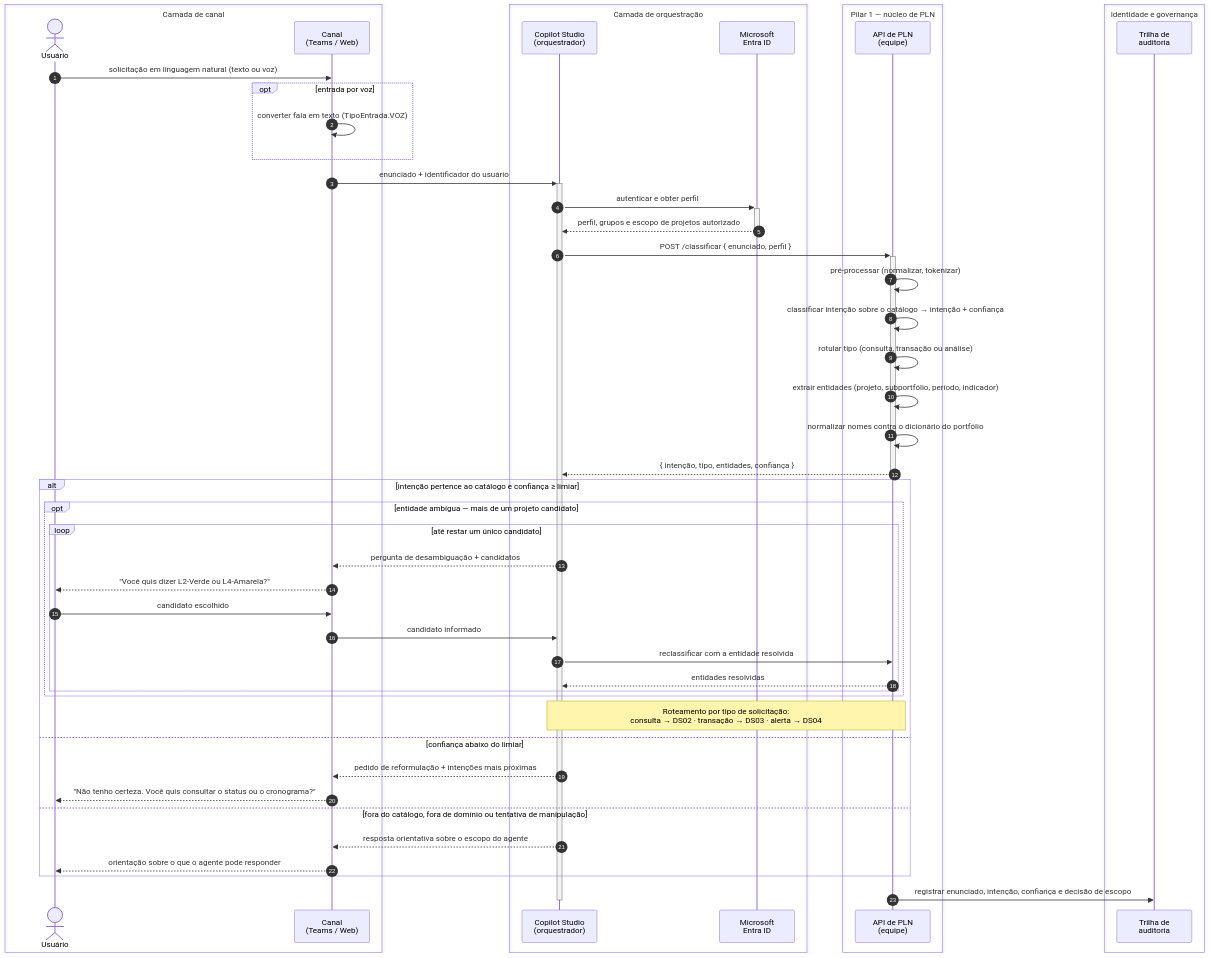
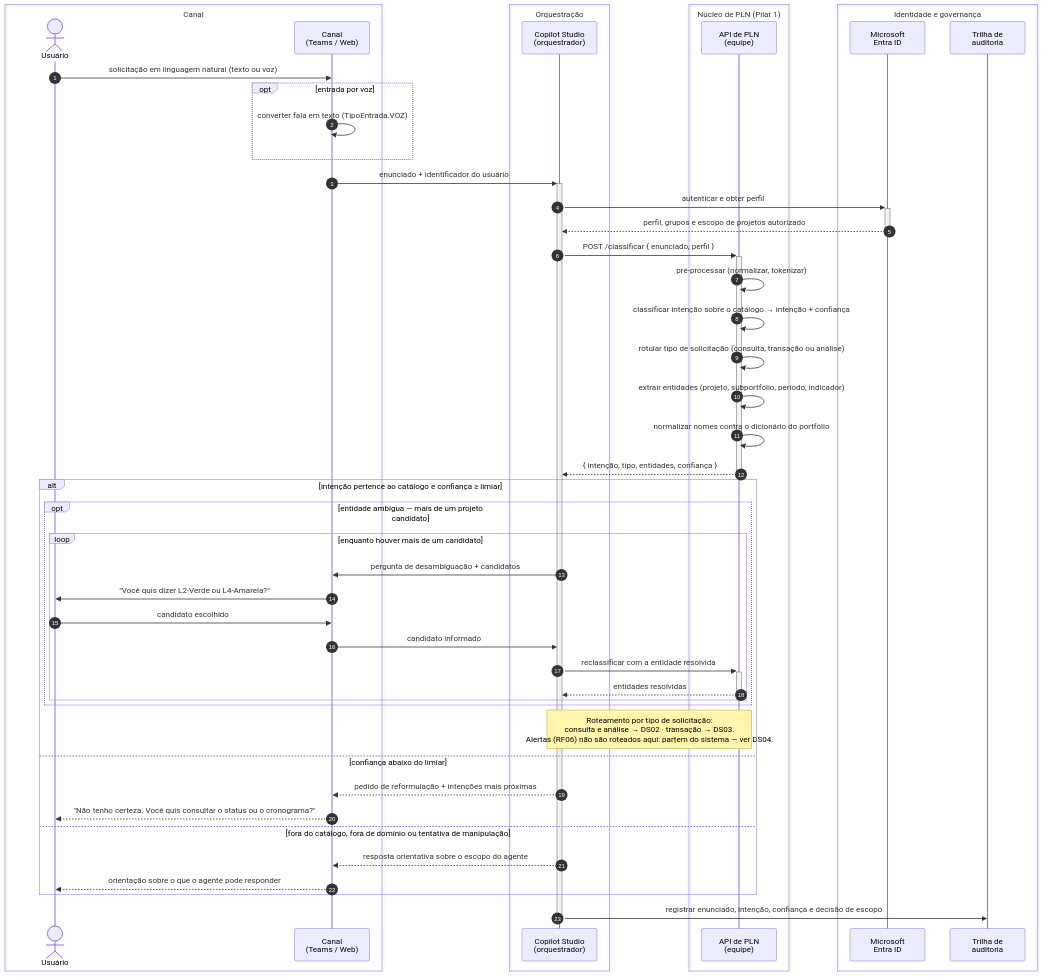
Before and after one commit to Kdu07/agente-ia-portfolio-metro: the second of 6 diagrams in documentos/Projeto.md, drawn with Mermaid. The commit also changed other lines of this file, not shown here.

Commit message:
docs: revisar diagramas de sequência e alinhar às demais vistas (#24)

````diff
--- a/documentos/Projeto.md
+++ b/documentos/Projeto.md
@@ -1688,57 +1707,57 @@
 ```mermaid
 sequenceDiagram
     autonumber
-    box transparent Camada de canal
+    box transparent Canal
         actor U as Usuário
         participant CH as Canal<br/>(Teams / Web)
     end
-    box transparent Camada de orquestração
+    box transparent Orquestração
         participant CS as Copilot Studio<br/>(orquestrador)
-        participant ID as Microsoft<br/>Entra ID
     end
-    box transparent Pilar 1 — núcleo de PLN
+    box transparent Núcleo de PLN (Pilar 1)
         participant PLN as API de PLN<br/>(equipe)
     end
     box transparent Identidade e governança
+        participant ID as Microsoft<br/>Entra ID
         participant LOG as Trilha de<br/>auditoria
     end
 
     U->>CH: solicitação em linguagem natural (texto ou voz)
     opt entrada por voz
         CH->>CH: converter fala em texto (TipoEntrada.VOZ)
     end
     CH->>+CS: enunciado + identificador do usuário
     CS->>+ID: autenticar e obter perfil
     ID-->>-CS: perfil, grupos e escopo de projetos autorizado
 
     CS->>+PLN: POST /classificar { enunciado, perfil }
     PLN->>PLN: pré-processar (normalizar, tokenizar)
     PLN->>PLN: classificar intenção sobre o catálogo → intenção + confiança
-    PLN->>PLN: rotular tipo (consulta, transação ou análise)
+    PLN->>PLN: rotular tipo de solicitação (consulta, transação ou análise)
     PLN->>PLN: extrair entidades (projeto, subportfólio, período, indicador)
     PLN->>PLN: normalizar nomes contra o dicionário do portfólio
     PLN-->>-CS: { intenção, tipo, entidades, confiança }
 
     alt intenção pertence ao catálogo e confiança ≥ limiar
         opt entidade ambígua — mais de um projeto candidato
-            loop até restar um único candidato
-                CS-->>CH: pergunta de desambiguação + candidatos
-                CH-->>U: "Você quis dizer L2-Verde ou L4-Amarela?"
+            loop enquanto houver mais de um candidato
+                CS->>CH: pergunta de desambiguação + candidatos
+                CH->>U: "Você quis dizer L2-Verde ou L4-Amarela?"
                 U->>CH: candidato escolhido
                 CH->>CS: candidato informado
-                CS->>PLN: reclassificar com a entidade resolvida
-                PLN-->>CS: entidades resolvidas
+                CS->>+PLN: reclassificar com a entidade resolvida
+                PLN-->>-CS: entidades resolvidas
             end
         end
-        Note over CS,PLN: Roteamento por tipo de solicitação:<br/>consulta → DS02 · transação → DS03 · alerta → DS04
+        Note over CS,PLN: Roteamento por tipo de solicitação:<br/>consulta e análise → DS02 · transação → DS03.<br/>Alertas (RF06) não são roteados aqui: partem do sistema — ver DS04.
     else confiança abaixo do limiar
         CS-->>CH: pedido de reformulação + intenções mais próximas
         CH-->>U: "Não tenho certeza. Você quis consultar o status ou o cronograma?"
     else fora do catálogo, fora de domínio ou tentativa de manipulação
         CS-->>CH: resposta orientativa sobre o escopo do agente
         CH-->>U: orientação sobre o que o agente pode responder
     end
 
-    PLN->>LOG: registrar enunciado, intenção, confiança e decisão de escopo
+    CS->>LOG: registrar enunciado, intenção, confiança e decisão de escopo
     deactivate CS
 ```
````
